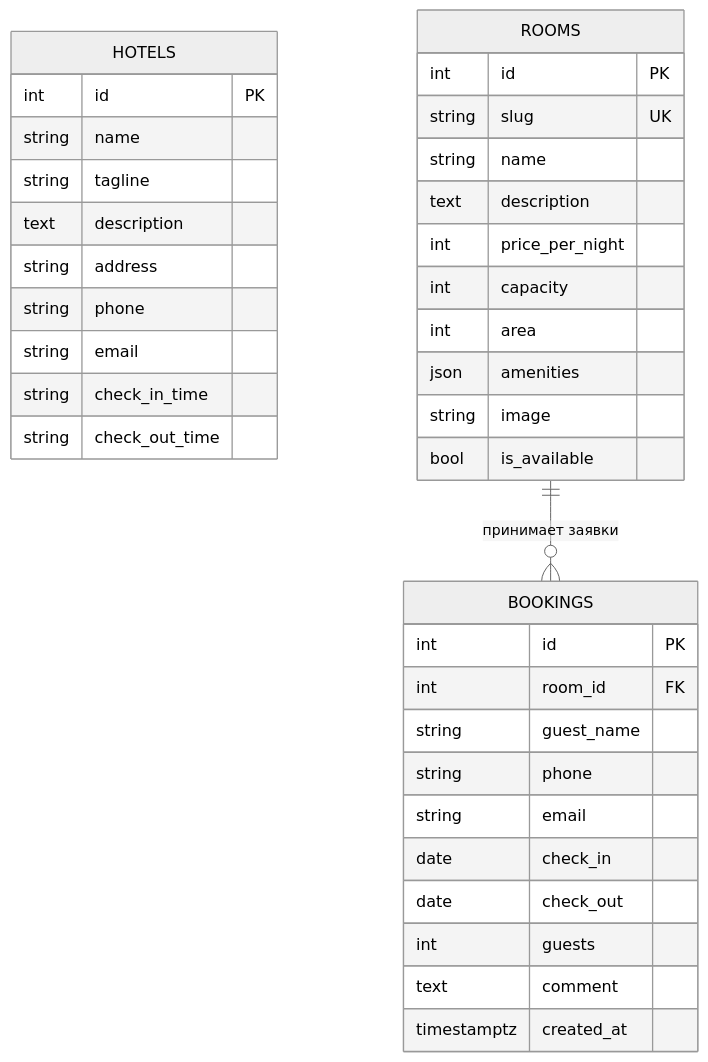
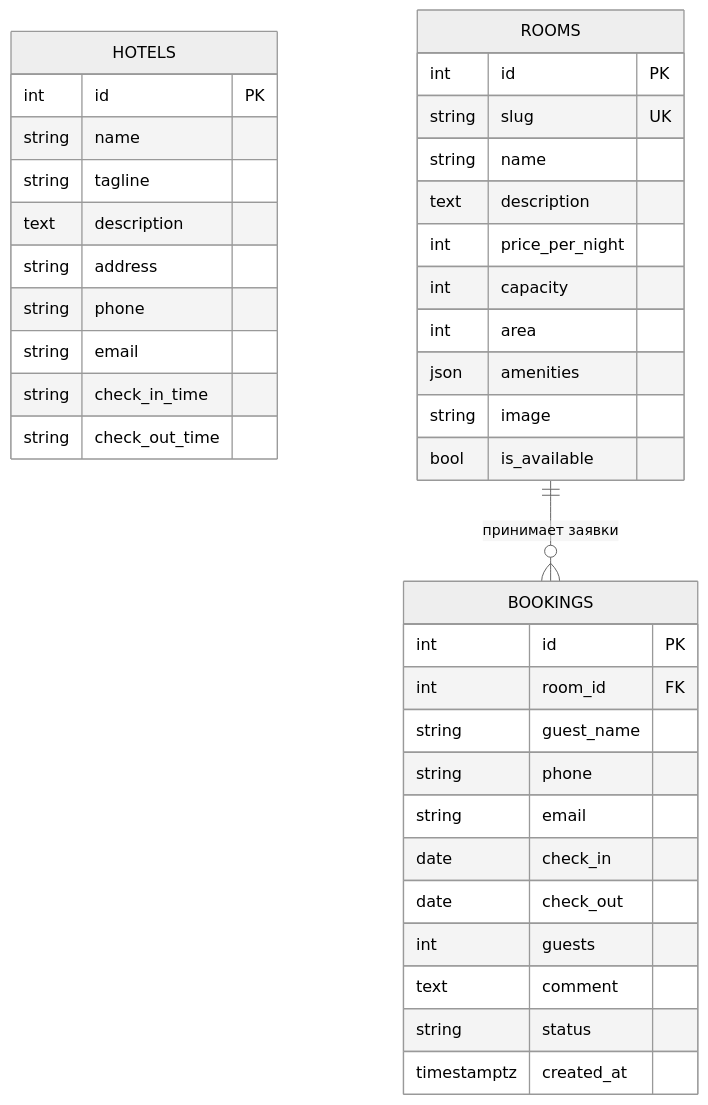
The diagram in docs/05-data-model.md (kirillrub108/web-hotel), drawn with Mermaid (neutral theme) before and after one commit. The commit also changed other lines of this file and 42 other files, not shown here.

````diff
--- a/docs/05-data-model.md
+++ b/docs/05-data-model.md
@@ -7,39 +7,40 @@
 ```mermaid
 erDiagram
   HOTELS {
     int id PK
     string name
     string tagline
     text description
     string address
     string phone
     string email
     string check_in_time
     string check_out_time
   }
   ROOMS {
     int id PK
     string slug UK
     string name
     text description
     int price_per_night
     int capacity
     int area
     json amenities
     string image
     bool is_available
   }
   BOOKINGS {
     int id PK
     int room_id FK
     string guest_name
     string phone
     string email
     date check_in
     date check_out
     int guests
     text comment
+    string status
     timestamptz created_at
   }
   ROOMS ||--o{ BOOKINGS : "принимает заявки"
 ```
````
